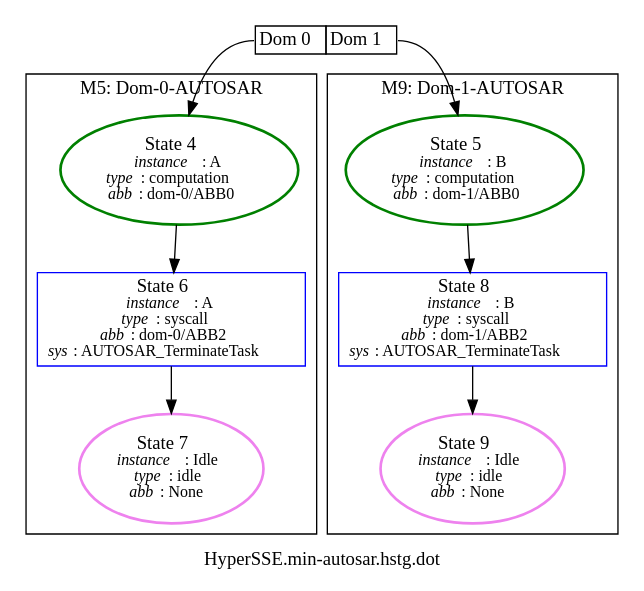
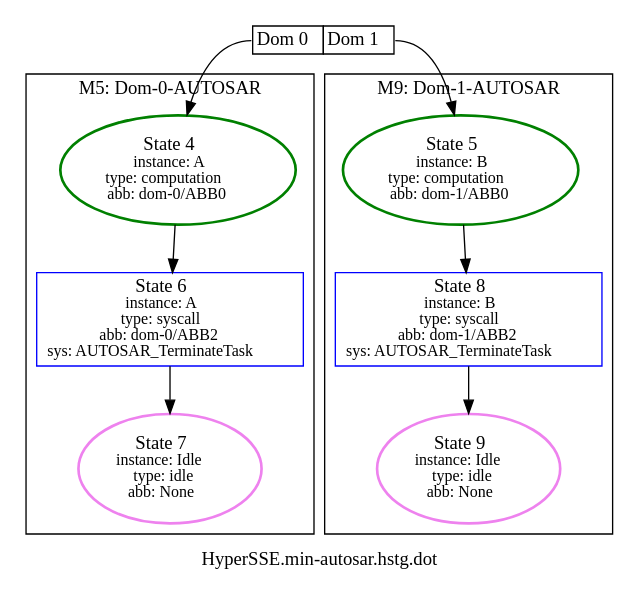
The diagram in appl/Xen/min-autosar/HyperSSE.min-autosar.hstg.dot (luhsra/ara), drawn with Graphviz before and after one commit. The commit also changed 10 other files, not shown here.

```diff
--- a/appl/Xen/min-autosar/HyperSSE.min-autosar.hstg.dot
+++ b/appl/Xen/min-autosar/HyperSSE.min-autosar.hstg.dot
@@ -1,24 +1,24 @@
 digraph G {
 label="HyperSSE.min-autosar.hstg.dot";
 1 [label=<<TABLE BORDER="0" CELLBORDER="1" CELLSPACING="0"><TR><TD PORT="c0">Dom 0</TD><TD PORT="c1">Dom 1</TD></TR></TABLE>>, shape=plaintext, tooltip=1];
 subgraph cluster_5 {
 label="M5: Dom-0-AUTOSAR";
-2 [color=green, fontsize=14, label=<State 4<br/><font point-size='12'><i>instance</i>: A<br/><i>type</i>: computation<br/><i>abb</i>: dom-0/ABB0</font>>, style=bold, tooltip=2];
-3 [color=blue, fontsize=14, label=<State 6<br/><font point-size='12'><i>instance</i>: A<br/><i>type</i>: syscall<br/><i>abb</i>: dom-0/ABB2<br/><i>sys</i>: AUTOSAR_TerminateTask</font>>, shape=box, tooltip=3];
-4 [color=violet, fontsize=14, label=<State 7<br/><font point-size='12'><i>instance</i>: Idle<br/><i>type</i>: idle<br/><i>abb</i>: None</font>>, style=bold, tooltip=4];
+2 [color=green, fontsize=14, label=<State 4<br/><font point-size='12'>instance: A<br/>type: computation<br/>abb: dom-0/ABB0</font>>, style=bold, tooltip=2];
+3 [color=blue, fontsize=14, label=<State 6<br/><font point-size='12'>instance: A<br/>type: syscall<br/>abb: dom-0/ABB2<br/>sys: AUTOSAR_TerminateTask</font>>, shape=box, tooltip=3];
+4 [color=violet, fontsize=14, label=<State 7<br/><font point-size='12'>instance: Idle<br/>type: idle<br/>abb: None</font>>, style=bold, tooltip=4];
 }
 
 subgraph cluster_9 {
 label="M9: Dom-1-AUTOSAR";
-8 [color=violet, fontsize=14, label=<State 9<br/><font point-size='12'><i>instance</i>: Idle<br/><i>type</i>: idle<br/><i>abb</i>: None</font>>, style=bold, tooltip=8];
-6 [color=green, fontsize=14, label=<State 5<br/><font point-size='12'><i>instance</i>: B<br/><i>type</i>: computation<br/><i>abb</i>: dom-1/ABB0</font>>, style=bold, tooltip=6];
-7 [color=blue, fontsize=14, label=<State 8<br/><font point-size='12'><i>instance</i>: B<br/><i>type</i>: syscall<br/><i>abb</i>: dom-1/ABB2<br/><i>sys</i>: AUTOSAR_TerminateTask</font>>, shape=box, tooltip=7];
+8 [color=violet, fontsize=14, label=<State 9<br/><font point-size='12'>instance: Idle<br/>type: idle<br/>abb: None</font>>, style=bold, tooltip=8];
+6 [color=green, fontsize=14, label=<State 5<br/><font point-size='12'>instance: B<br/>type: computation<br/>abb: dom-1/ABB0</font>>, style=bold, tooltip=6];
+7 [color=blue, fontsize=14, label=<State 8<br/><font point-size='12'>instance: B<br/>type: syscall<br/>abb: dom-1/ABB2<br/>sys: AUTOSAR_TerminateTask</font>>, shape=box, tooltip=7];
 }
 
 1:c0 -> 2  [color=black];
 1:c1 -> 6  [color=black];
 2 -> 3  [color=black];
 3 -> 4  [color=black];
 6 -> 7  [color=black];
 7 -> 8  [color=black];
 }
```
